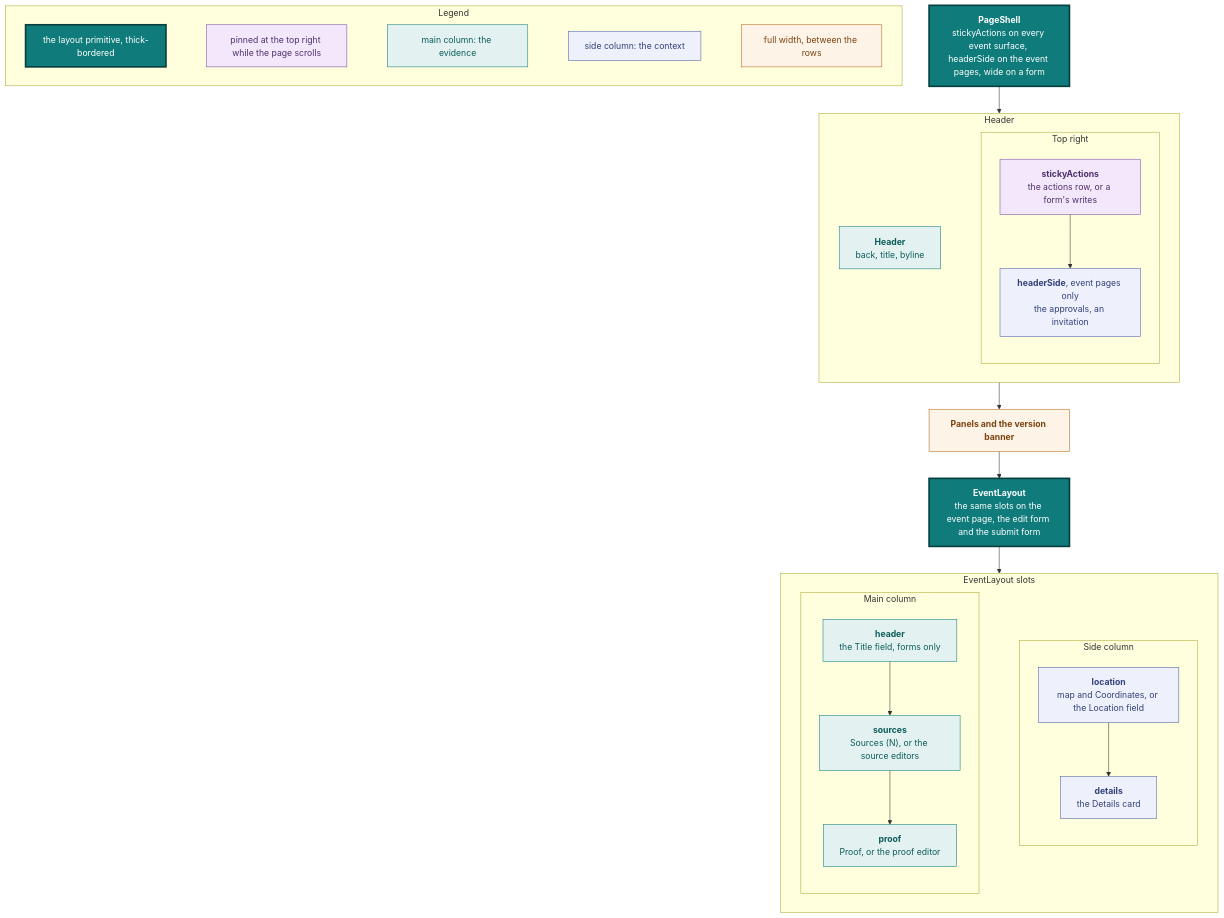
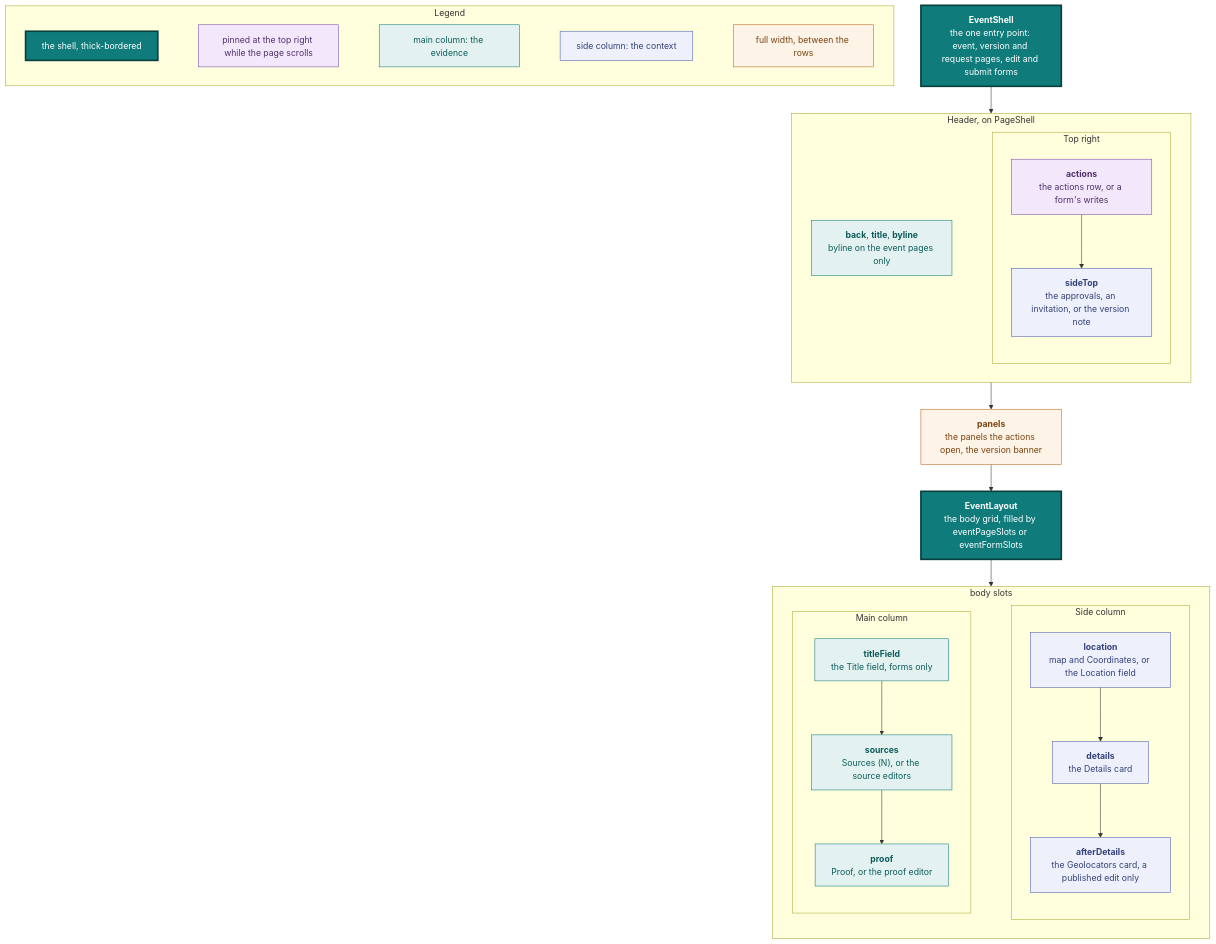
One commit to vidithq/vidit changed the sixth of 15 diagrams in docs/design.md. Above: the diagram before and after it, drawn with Mermaid. The commit also changed other lines of this file and 17 other files, not shown here.

First line of the commit message:
feat(frontend): build the event page and forms on one EventShell

````diff
--- a/docs/design.md
+++ b/docs/design.md
@@ -682,66 +682,69 @@
 ```mermaid
 flowchart TB
   classDef core fill:#0f7b7a,stroke:#083f3e,stroke-width:3px,color:#ffffff
   classDef pinned fill:#f3e8fb,stroke:#7a4aa5,color:#4f2f6b
   classDef shared fill:#e3f2f1,stroke:#0f7b7a,color:#0b5c5b
   classDef spec fill:#eef1fb,stroke:#4a5fa5,color:#33417a
   classDef state fill:#fdf3e7,stroke:#b8661a,color:#7a430f
 
   subgraph legend [Legend]
     direction LR
-    l1["`the layout primitive, thick-bordered`"]:::core
+    l1["`the shell, thick-bordered`"]:::core
     l5["`pinned at the top right while the page scrolls`"]:::pinned
     l2["`main column: the evidence`"]:::shared
     l3["`side column: the context`"]:::spec
     l4["`full width, between the rows`"]:::state
     l1 ~~~ l5 ~~~ l2 ~~~ l3 ~~~ l4
   end
 
-  shell["`**PageShell**
-  stickyActions on every event surface, headerSide on the event pages, wide on a form`"]:::core
+  shell["`**EventShell**
+  the one entry point: event, version and request pages, edit and submit forms`"]:::core
 
-  subgraph top [Header]
+  subgraph top [Header, on PageShell]
     direction LR
-    header["`**Header**
-    back, title, byline`"]:::shared
+    header["`**back**, **title**, **byline**
+    byline on the event pages only`"]:::shared
     subgraph topside [Top right]
       direction TB
-      sticky["`**stickyActions**
+      sticky["`**actions**
       the actions row, or a form's writes`"]:::pinned
-      approvals["`**headerSide**, event pages only
-      the approvals, an invitation`"]:::spec
-      sticky --> approvals
+      sidetop["`**sideTop**
+      the approvals, an invitation, or the version note`"]:::spec
+      sticky --> sidetop
     end
     header ~~~ topside
   end
 
-  between["`**Panels and the version banner**`"]:::state
+  between["`**panels**
+  the panels the actions open, the version banner`"]:::state
 
   layout["`**EventLayout**
-  the same slots on the event page, the edit form and the submit form`"]:::core
+  the body grid, filled by eventPageSlots or eventFormSlots`"]:::core
 
-  subgraph body [EventLayout slots]
+  subgraph body [body slots]
     direction LR
     subgraph main [Main column]
       direction TB
-      title["`**header**
+      title["`**titleField**
       the Title field, forms only`"]:::shared
       sources["`**sources**
       Sources (N), or the source editors`"]:::shared
       proof["`**proof**
       Proof, or the proof editor`"]:::shared
       title --> sources --> proof
     end
     subgraph side [Side column]
       direction TB
       location["`**location**
       map and Coordinates, or the Location field`"]:::spec
       details["`**details**
       the Details card`"]:::spec
-      location --> details
+      after["`**afterDetails**
+      the Geolocators card, a published edit only`"]:::spec
+      location --> details --> after
     end
     main ~~~ side
   end
 
   shell --> top --> between --> layout --> body
 ```
````
